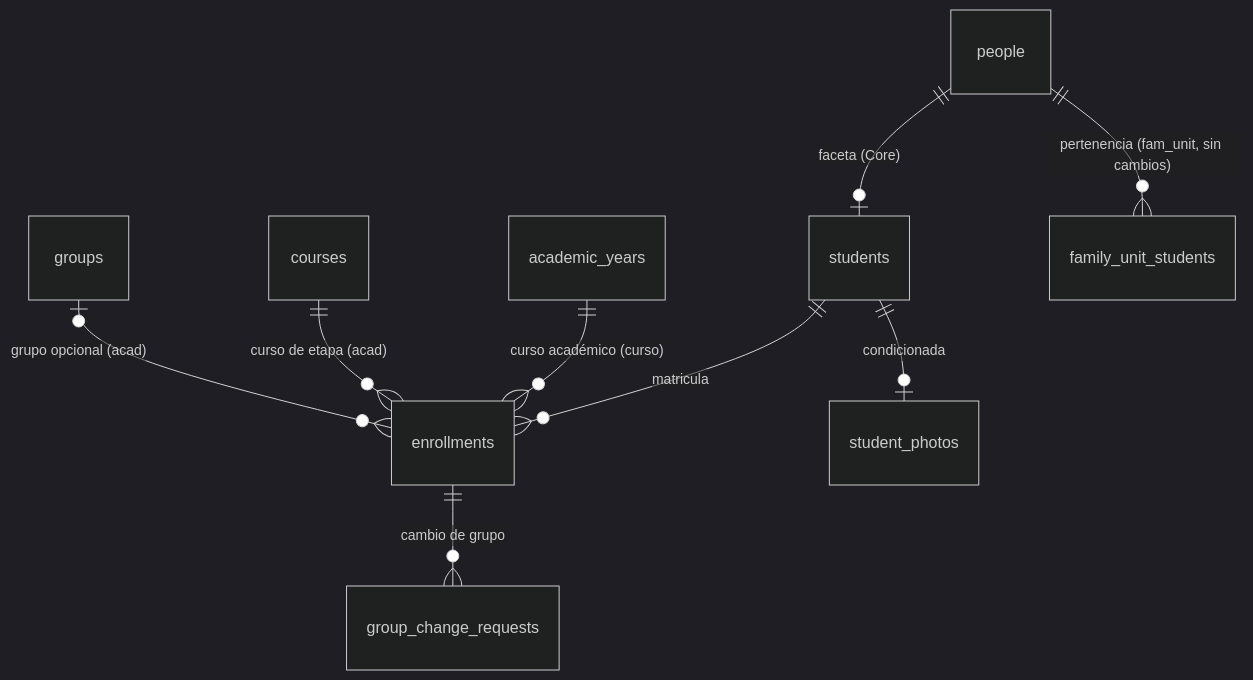
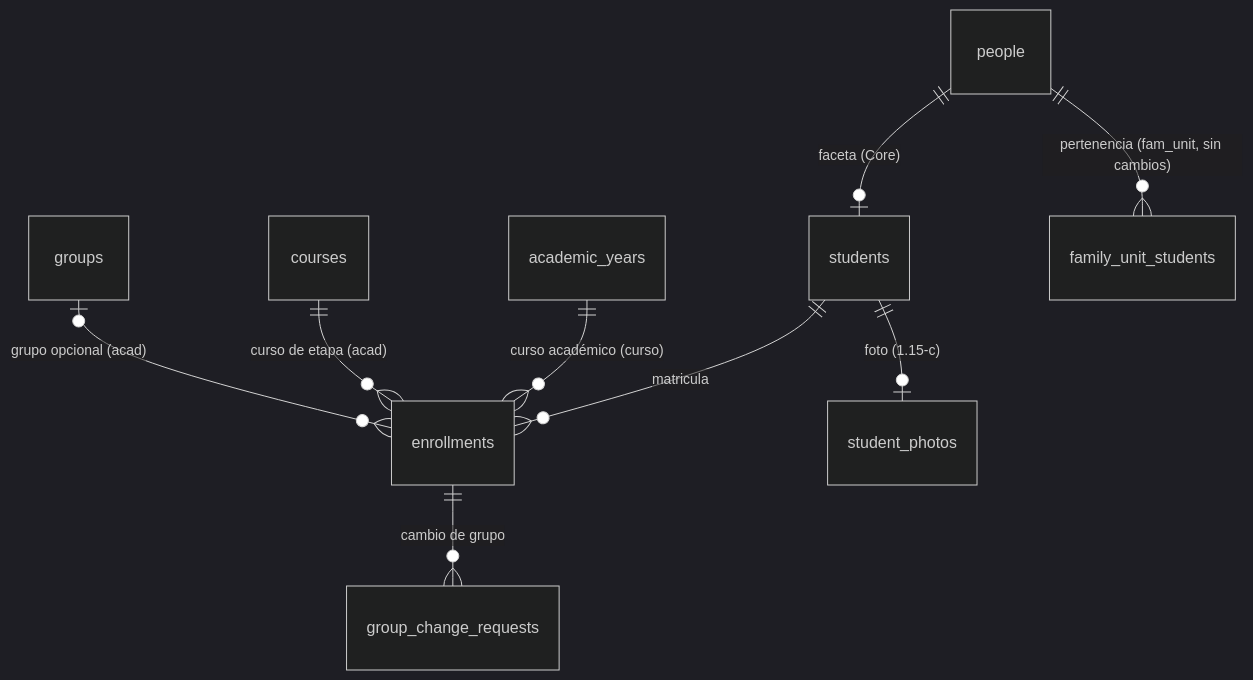
Before and after one commit to pirexia/plataforma-educativa: the diagram in docs/modulos/REQ-ALUM/datos.md, drawn with Mermaid (dark theme). The commit also changed other lines of this file and 67 other files, not shown here.

````diff
--- a/docs/modulos/REQ-ALUM/datos.md
+++ b/docs/modulos/REQ-ALUM/datos.md
@@ -86,11 +88,11 @@
 ```mermaid
 erDiagram
     people ||--o| students : "faceta (Core)"
     students ||--o{ enrollments : matricula
     academic_years ||--o{ enrollments : "curso académico (curso)"
     courses ||--o{ enrollments : "curso de etapa (acad)"
     groups |o--o{ enrollments : "grupo opcional (acad)"
     enrollments ||--o{ group_change_requests : "cambio de grupo"
-    students ||--o| student_photos : "condicionada"
+    students ||--o| student_photos : "foto (1.15-c)"
     people ||--o{ family_unit_students : "pertenencia (fam_unit, sin cambios)"
 ```
````
